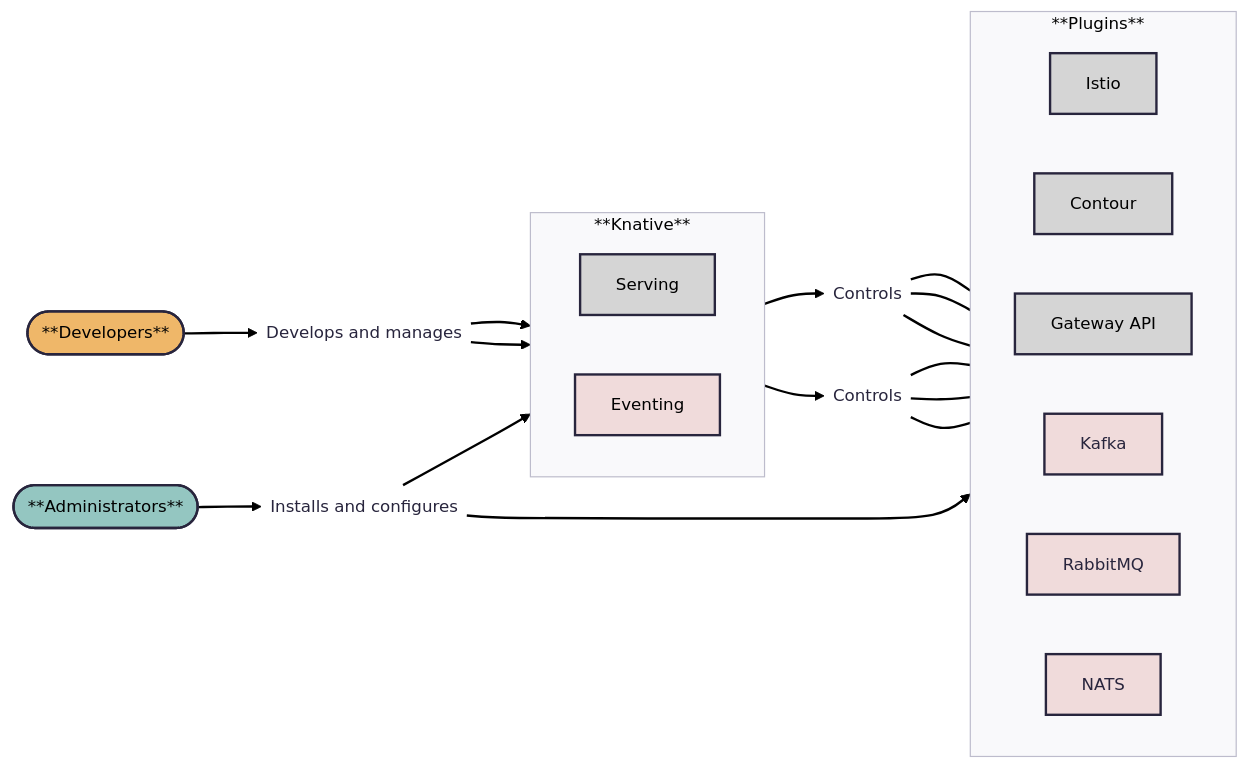
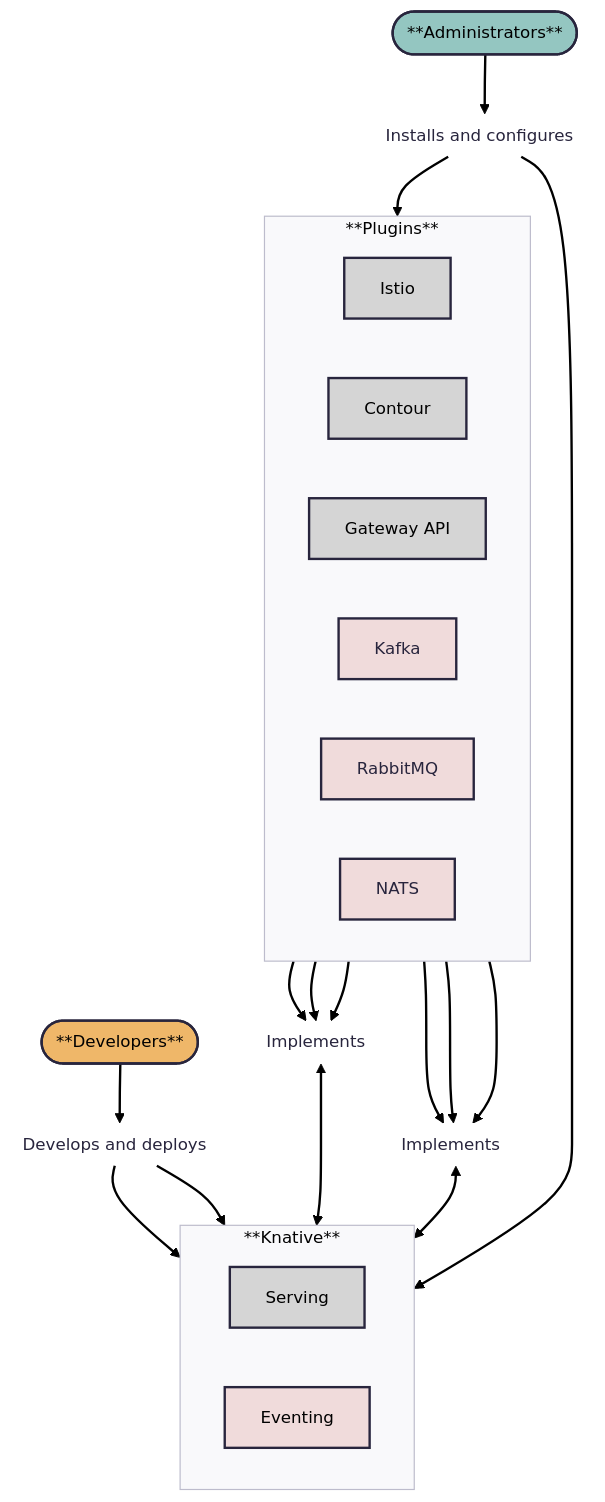
Before and after one commit to knative/docs: the diagram in docs/versioned/admin/admin-overview.md, drawn with Mermaid.

Commit message:
Update admin-overview.md
mermaid testing

````diff
--- a/docs/versioned/admin/admin-overview.md
+++ b/docs/versioned/admin/admin-overview.md
@@ -14,52 +14,54 @@
 ```mermaid
 ---
 config:
   theme: redux
   layout: dagre
   look: classic
 ---
-flowchart LR
+flowchart TB
  subgraph Knative["**Knative**&nbsp;&nbsp;"]
     direction LR
         Serving["Serving"]
         Eventing["Eventing"]
   end
  subgraph Plugins["**Plugins**&nbsp;&nbsp;"]
     direction LR
-        net-istio["Istio"]
-        net-contour["Contour"]
-        net-gateway-api["Gateway API"]
-        event-kafka["Kafka"]
-        event-rabbitmq["RabbitMQ"]
-        event-nats["NATS"]
+        srv-istio["Istio"]
+        srv-contour["Contour"]
+        srv-gateway-api["Gateway API"]
+        evn-kafka["Kafka"]
+        evn-rabbitmq["RabbitMQ"]
+        evn-nats["NATS"]
   end
-    Dev(["**Developers**"]) --> dev-acts["Develops and manages"]
+    Dev(["**Developers**"]) --> dev-acts["Develops and deploys&nbsp;&nbsp;"]
     dev-acts --> Serving & Eventing
-    Admin(["**Administrators**"]) --> admin-acts["Installs and configures"]
+    Admin(["**Administrators**"]) --> admin-acts["Installs and configures&nbsp;&nbsp;"]
     admin-acts --> Knative & Plugins
-    Serving --> net-impl["Controls"]
-    net-impl --- net-istio & net-contour & net-gateway-api
-    Eventing --> event-impl["Controls"]
-    event-impl --- event-kafka & event-rabbitmq & event-nats
+    evn-kafka ---> evn-acts["Implements&nbsp;&nbsp;"]
+    evn-rabbitmq ---> evn-acts
+    evn-nats ---> evn-acts
+    srv-istio --> srv-acts["Implements&nbsp;&nbsp;"]
+    srv-contour --> srv-acts
+    srv-gateway-api --> srv-acts
+    srv-acts <--> Serving
+    evn-acts <--> Eventing
     dev-acts@{ shape: text}
     admin-acts@{ shape: text}
-    net-impl@{ shape: text}
-    event-impl@{ shape: text}
+    evn-acts@{ shape: text}
+    srv-acts@{ shape: text}
     style Serving fill:#D5D5D5,color:#000000
     style Eventing fill:#F0DBDB,color:#000000
-    style net-istio fill:#D5D5D5,color:#000000
-    style net-contour fill:#D5D5D5,color:#000000
-    style net-gateway-api fill:#D5D5D5,color:#000000
-    style event-kafka fill:#F0DBDB
-    style event-rabbitmq fill:#F0DBDB
-    style event-nats fill:#F0DBDB
+    style srv-istio fill:#D5D5D5,color:#000000
+    style srv-contour fill:#D5D5D5,color:#000000
+    style srv-gateway-api fill:#D5D5D5,color:#000000
+    style evn-kafka fill:#F0DBDB
+    style evn-rabbitmq fill:#F0DBDB
+    style evn-nats fill:#F0DBDB
     style Dev fill:#EFB769,color:#000000
     style dev-acts fill:transparent
     style Admin fill:#94C6C1,color:#000000
     style admin-acts fill:transparent
-    style Knative text-align: left
-    style Plugins text-align: left
-    style net-impl fill:transparent
-    style event-impl fill:transparent
+    style evn-acts fill:transparent
+    style srv-acts fill:transparent
 
 ```
````
